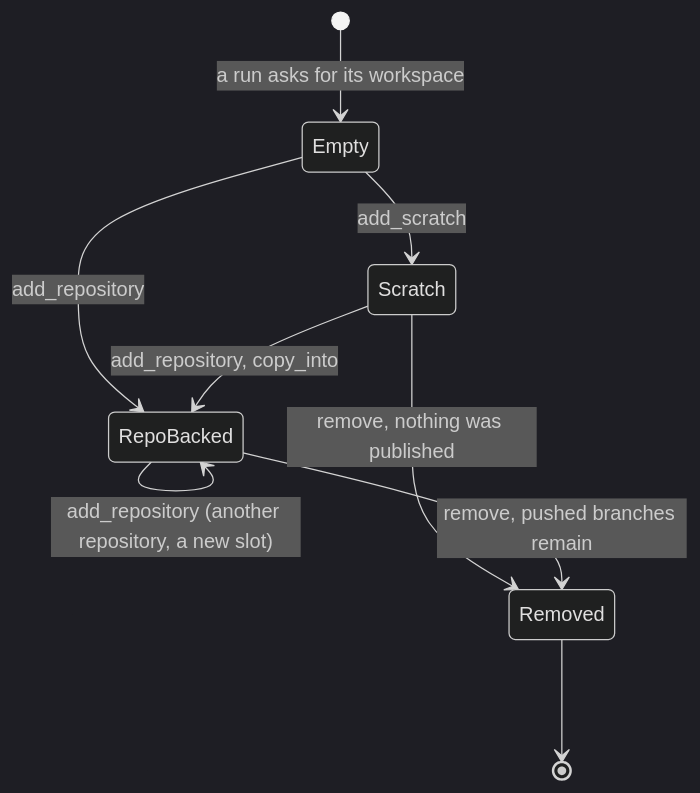
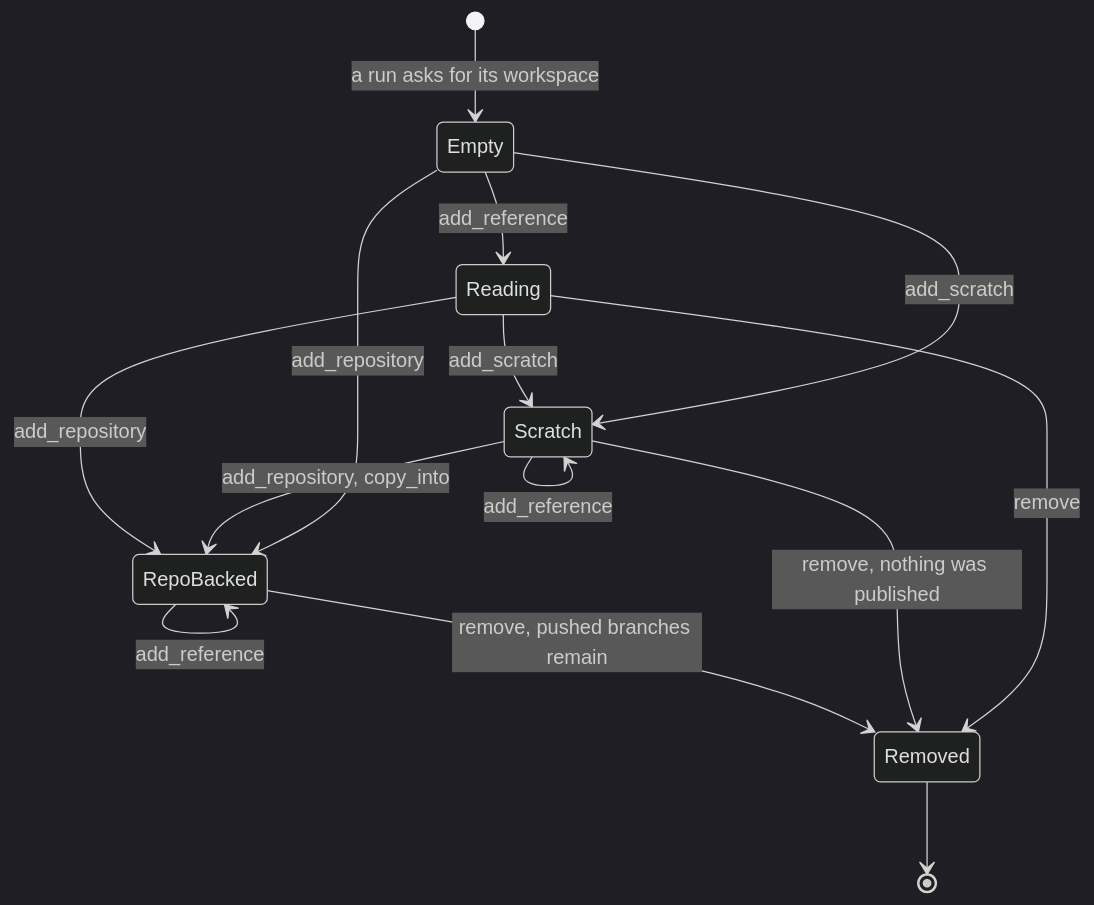
One commit to vymalo/another-adam-rs changed the second of 7 diagrams in crates/adam-workspace/README.md. Above: the diagram before and after it, drawn with Mermaid (dark theme). The commit also changed other lines of this file and 26 other files, not shown here.

````diff
--- a/crates/adam-workspace/README.md
+++ b/crates/adam-workspace/README.md
@@ -433,11 +433,17 @@
 ```mermaid
 stateDiagram-v2
   [*] --> Empty: a run asks for its workspace
   Empty --> Scratch: add_scratch
   Empty --> RepoBacked: add_repository
   Scratch --> RepoBacked: add_repository, copy_into
   RepoBacked --> RepoBacked: add_repository (another repository, a new slot)
+  Empty --> Reading: add_reference
+  Scratch --> Scratch: add_reference
+  RepoBacked --> RepoBacked: add_reference
+  Reading --> RepoBacked: add_repository
+  Reading --> Scratch: add_scratch
+  Reading --> Removed: remove
   Scratch --> Removed: remove, nothing was published
   RepoBacked --> Removed: remove, pushed branches remain
   Removed --> [*]
 ```
````
